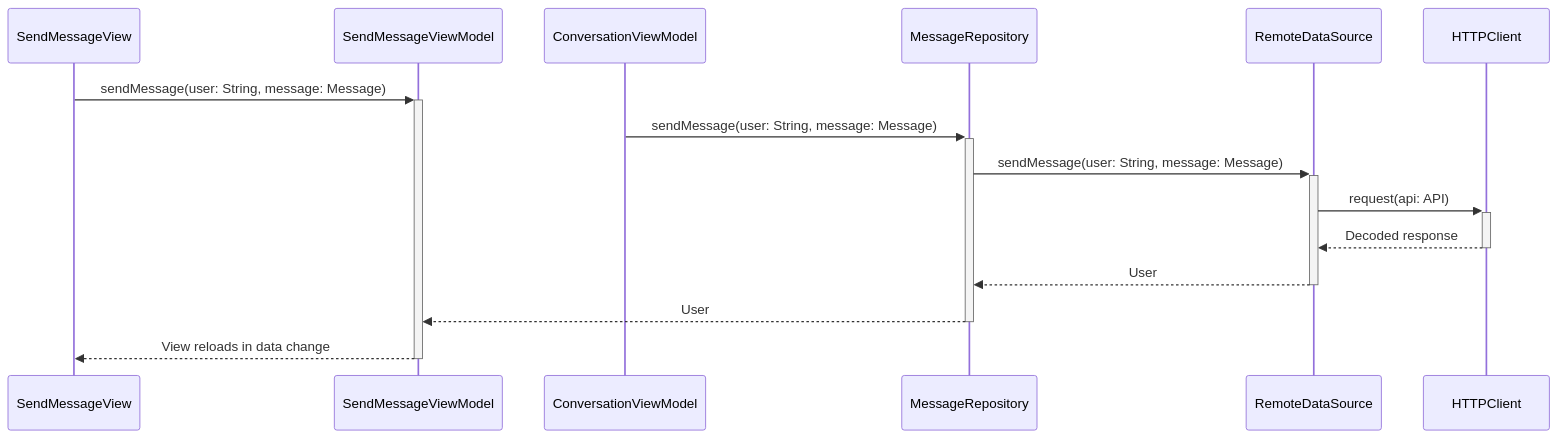
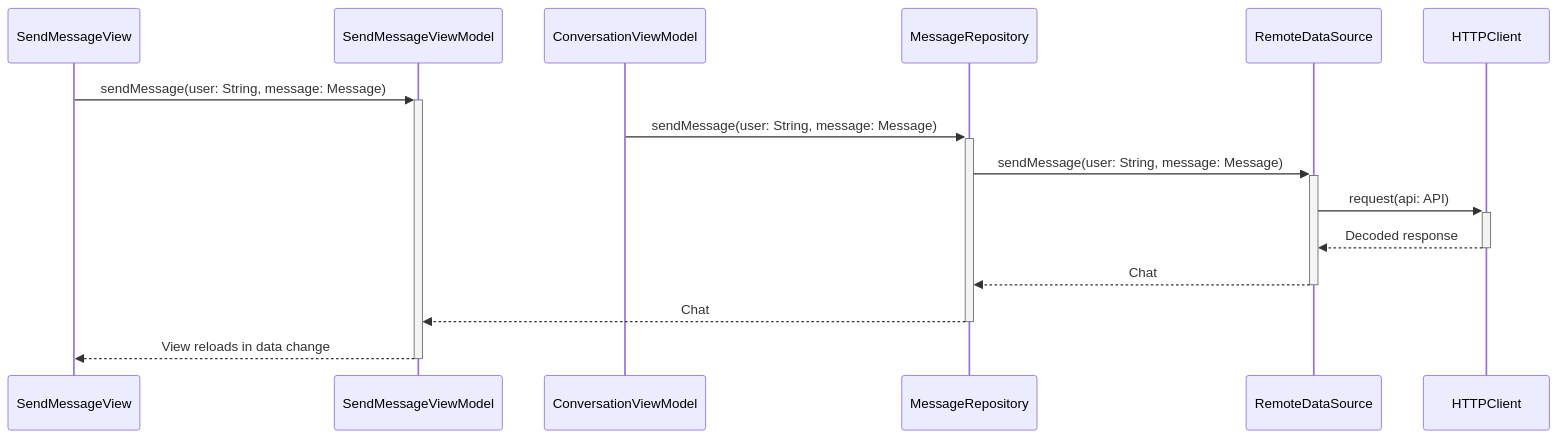
Before and after one commit to ignacioparadisi/lovevery-messages: the fifth of 5 diagrams in README.md, drawn with Mermaid. The commit also changed other lines of this file, not shown here.

Commit message:
Update README.md to use Chat instead of User

````diff
--- a/README.md
+++ b/README.md
@@ -90,11 +90,11 @@
 ```mermaid
 sequenceDiagram
   SendMessageView->>+SendMessageViewModel: sendMessage(user: String, message: Message)
   ConversationViewModel->>+MessageRepository: sendMessage(user: String, message: Message)
   MessageRepository->>+RemoteDataSource: sendMessage(user: String, message: Message)
   RemoteDataSource->>+HTTPClient: request(api: API)
   HTTPClient-->>-RemoteDataSource: Decoded response
-  RemoteDataSource-->>-MessageRepository: User
-  MessageRepository-->>-SendMessageViewModel: User
+  RemoteDataSource-->>-MessageRepository: Chat
+  MessageRepository-->>-SendMessageViewModel: Chat
   SendMessageViewModel-->>-SendMessageView: View reloads in data change
 ```
````
